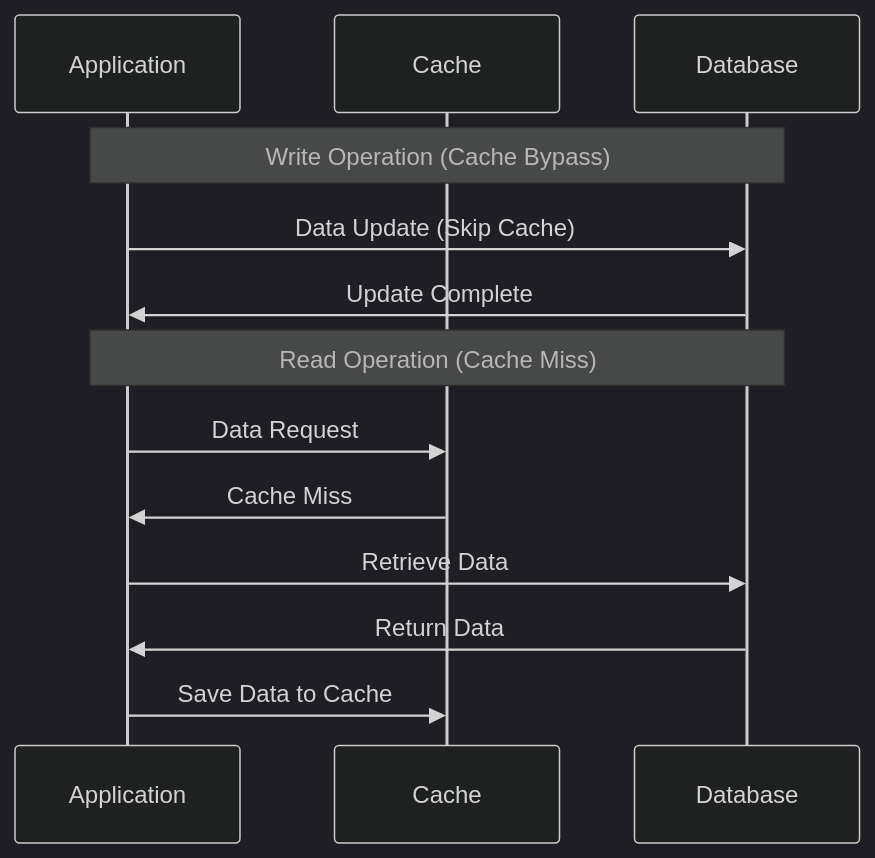
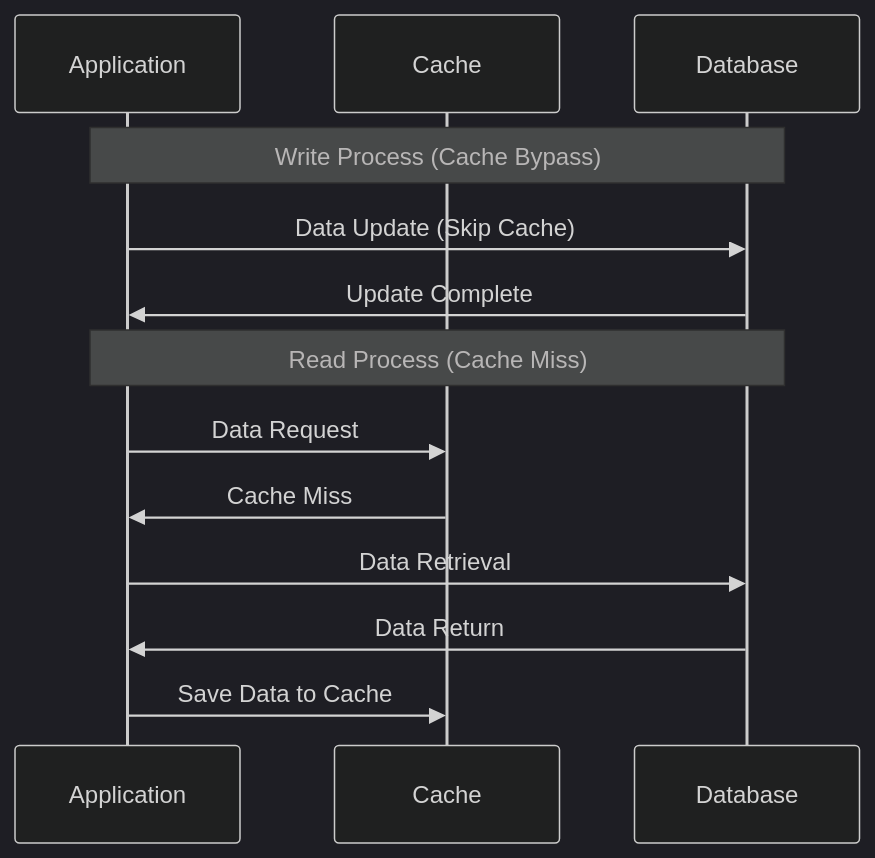
The tenth of 10 diagrams in content/en/posts/cache-strategy-patterns.md (bmf-san/bmf-tech), drawn with Mermaid (dark theme) before and after one commit. The commit also changed other lines of this file and 989 other files, not shown here.

````diff
--- a/content/en/posts/cache-strategy-patterns.md
+++ b/content/en/posts/cache-strategy-patterns.md
@@ -258,17 +257,17 @@
 ```mermaid
 sequenceDiagram
     participant A as Application
     participant C as Cache
     participant D as Database
 
-    Note over A,D: Write Operation (Cache Bypass)
+    Note over A,D: Write Process (Cache Bypass)
     A->>D: Data Update (Skip Cache)
     D->>A: Update Complete
 
-    Note over A,D: Read Operation (Cache Miss)
+    Note over A,D: Read Process (Cache Miss)
     A->>C: Data Request
     C->>A: Cache Miss
-    A->>D: Retrieve Data
-    D->>A: Return Data
+    A->>D: Data Retrieval
+    D->>A: Data Return
     A->>C: Save Data to Cache
 ```
````
